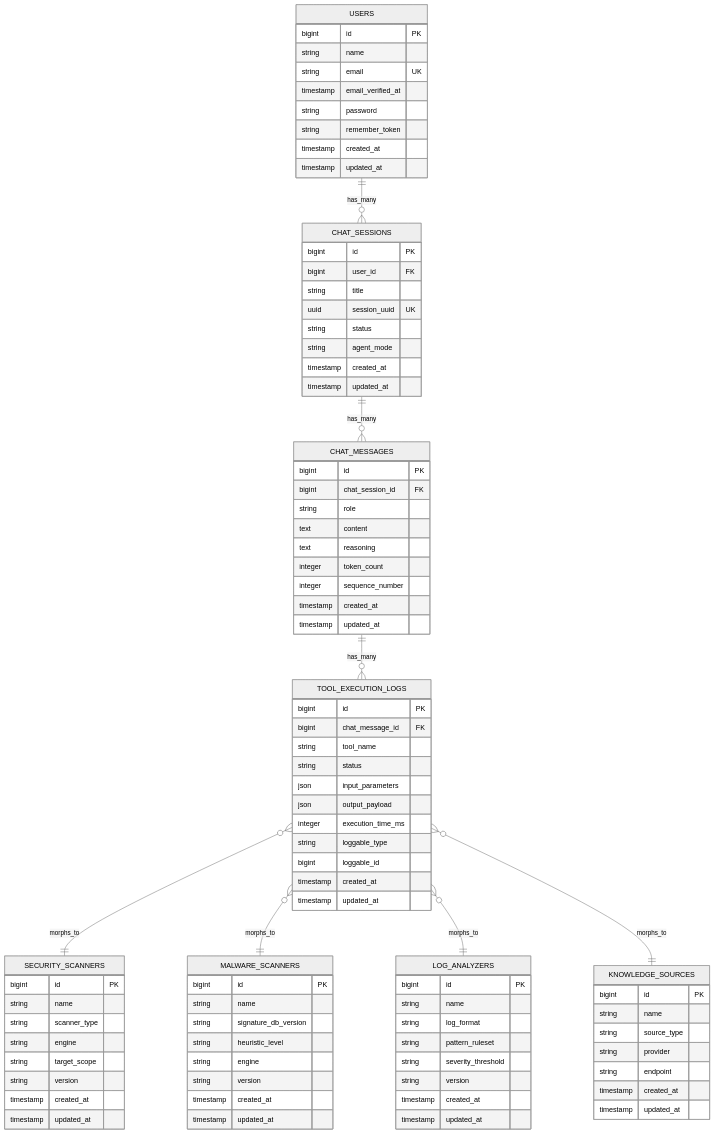
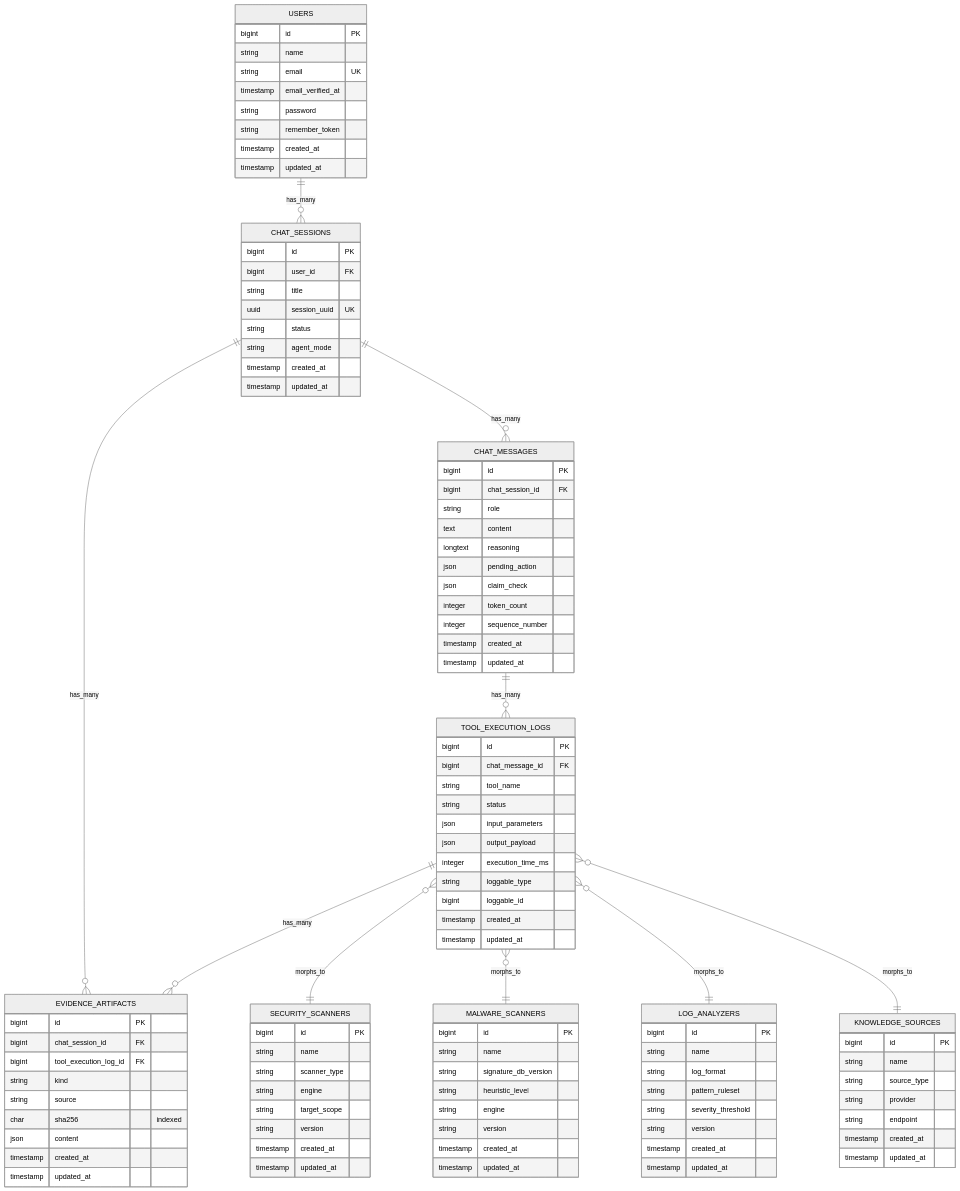
Before and after one commit to Samubrine/security-agent-harness: the second of 2 diagrams in README.md, drawn with Mermaid (neutral theme). The commit also changed other lines of this file, not shown here.

Commit message:
docs(readme): update ERD with evidence_artifacts and chat_messages pending_action/claim_check

```diff
--- a/README.md
+++ b/README.md
@@ -86,6 +86,8 @@
     USERS ||--o{ CHAT_SESSIONS : "has_many"
     CHAT_SESSIONS ||--o{ CHAT_MESSAGES : "has_many"
     CHAT_MESSAGES ||--o{ TOOL_EXECUTION_LOGS : "has_many"
+    CHAT_SESSIONS ||--o{ EVIDENCE_ARTIFACTS : "has_many"
+    TOOL_EXECUTION_LOGS ||--o{ EVIDENCE_ARTIFACTS : "has_many"
 
     TOOL_EXECUTION_LOGS }o--|| SECURITY_SCANNERS : "morphs_to"
     TOOL_EXECUTION_LOGS }o--|| MALWARE_SCANNERS : "morphs_to"
@@ -119,9 +121,23 @@
         bigint chat_session_id FK
         string role
         text content
-        text reasoning
+        longtext reasoning
+        json pending_action
+        json claim_check
         integer token_count
         integer sequence_number
+        timestamp created_at
+        timestamp updated_at
+    }
+
+    EVIDENCE_ARTIFACTS {
+        bigint id PK
+        bigint chat_session_id FK
+        bigint tool_execution_log_id FK
+        string kind
+        string source
+        char sha256 "indexed"
+        json content
         timestamp created_at
         timestamp updated_at
     }
```
